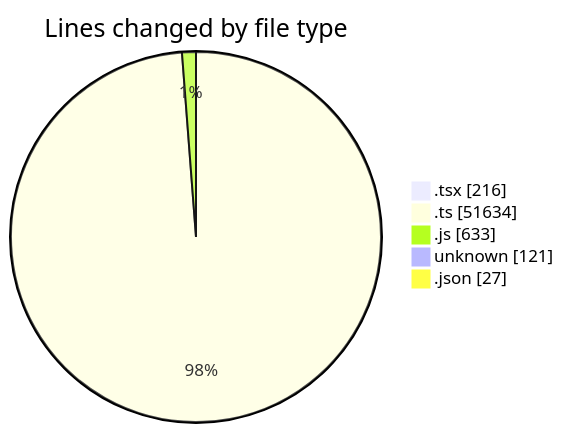
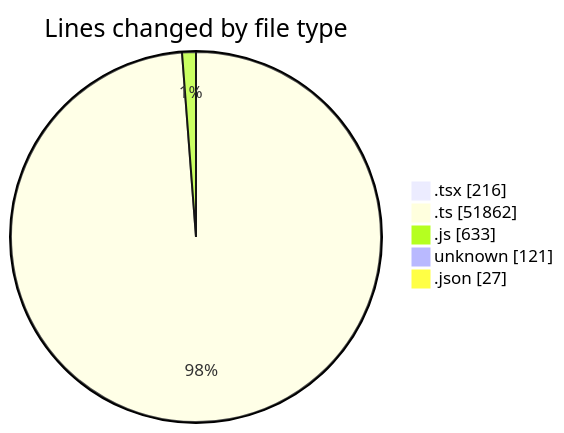
Before and after one commit to momahboobian/code-tracking: the first of 2 diagrams in 2026-06-01/cda/README.md, drawn with Mermaid. The commit also changed other lines of this file and 1 other file, not shown here.

````diff
--- a/2026-06-01/cda/README.md
+++ b/2026-06-01/cda/README.md
@@ -49,9 +49,9 @@
 ```mermaid
 pie showData
 title Lines changed by file type
 ".tsx" : 216
-".ts" : 51634
+".ts" : 51862
 ".js" : 633
 "unknown" : 121
 ".json" : 27
 ```
````
